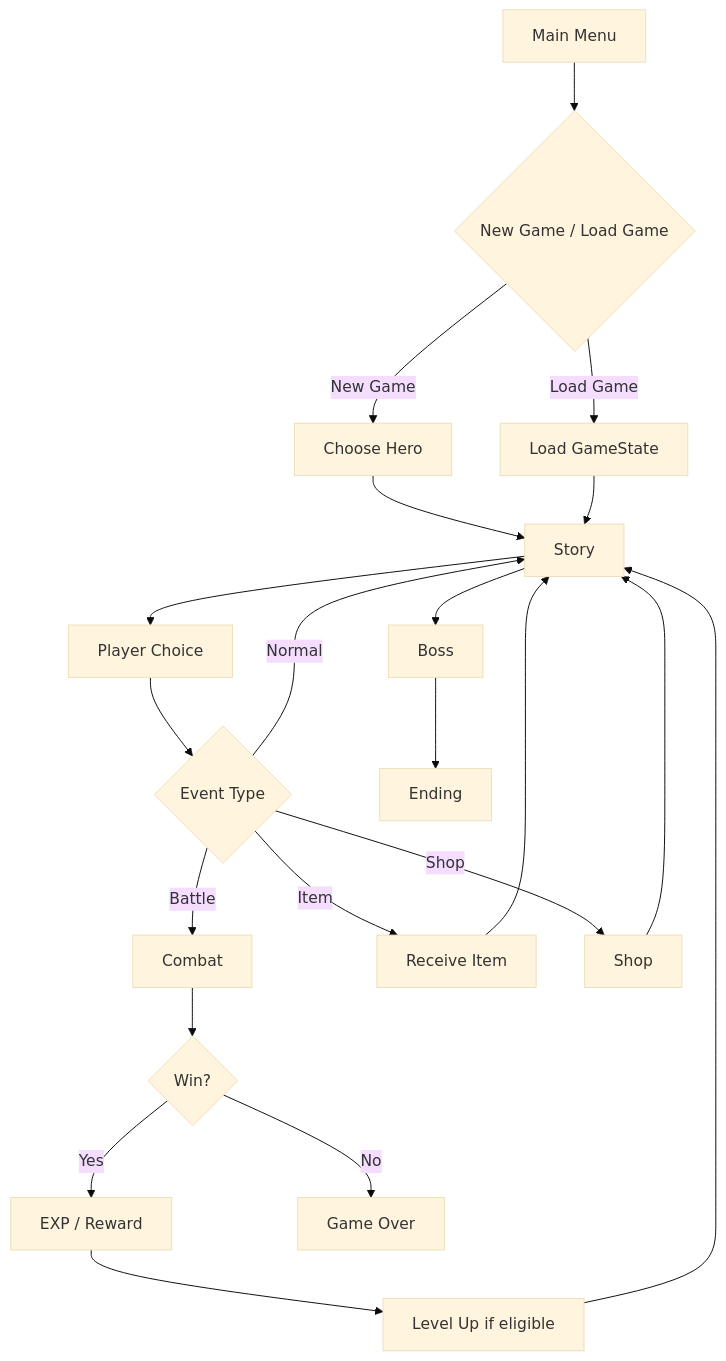
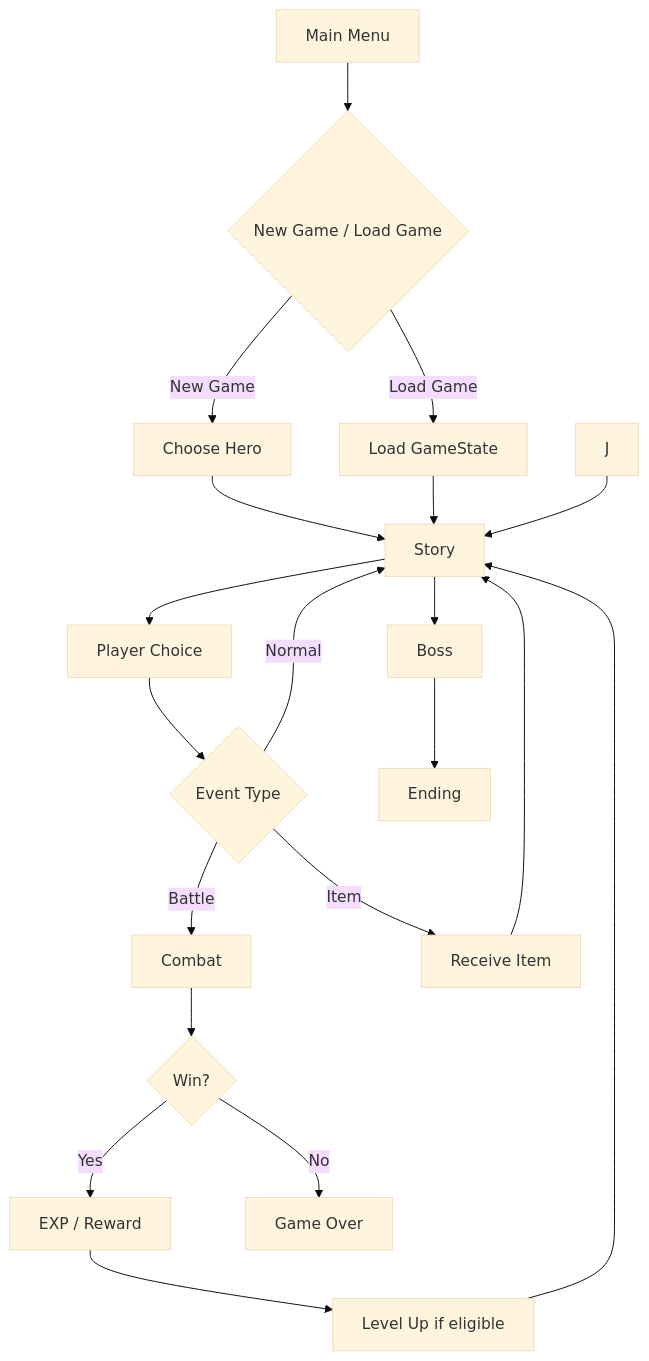
One commit to Leon-1411/rpg-engine changed the first of 6 diagrams in PROJECT_SPEC.md. Above: the diagram before and after it, drawn with Mermaid (base theme). The commit also changed 13 other files, not shown here.

````diff
--- a/PROJECT_SPEC.md
+++ b/PROJECT_SPEC.md
@@ -21,23 +21,22 @@
 ``` mermaid
 flowchart TD
     A[Main Menu] --> B{New Game / Load Game}
     B -->|New Game| C[Choose Hero]
     B -->|Load Game| D[Load GameState]
     C --> E[Story]
     D --> E
     E --> F[Player Choice]
     F --> G{Event Type}
     G -->|Battle| H[Combat]
     G -->|Item| I[Receive Item]
-    G -->|Shop| J[Shop]
     G -->|Normal| E
     H --> K{Win?}
     K -->|Yes| L[EXP / Reward]
     K -->|No| M[Game Over]
     L --> N[Level Up if eligible]
     N --> E
     I --> E
     J --> E
     E --> O[Boss]
     O --> P[Ending]
 ```
````
